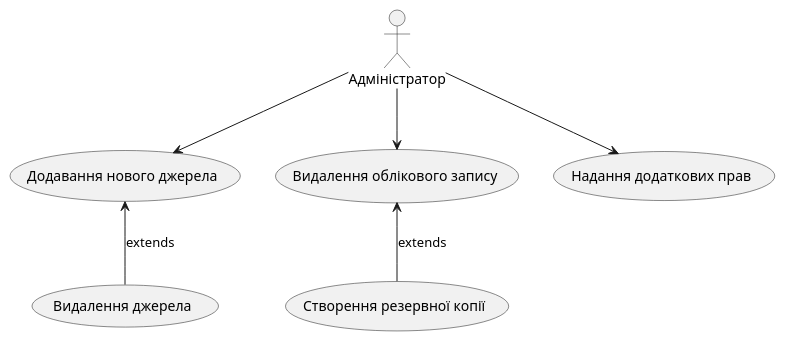
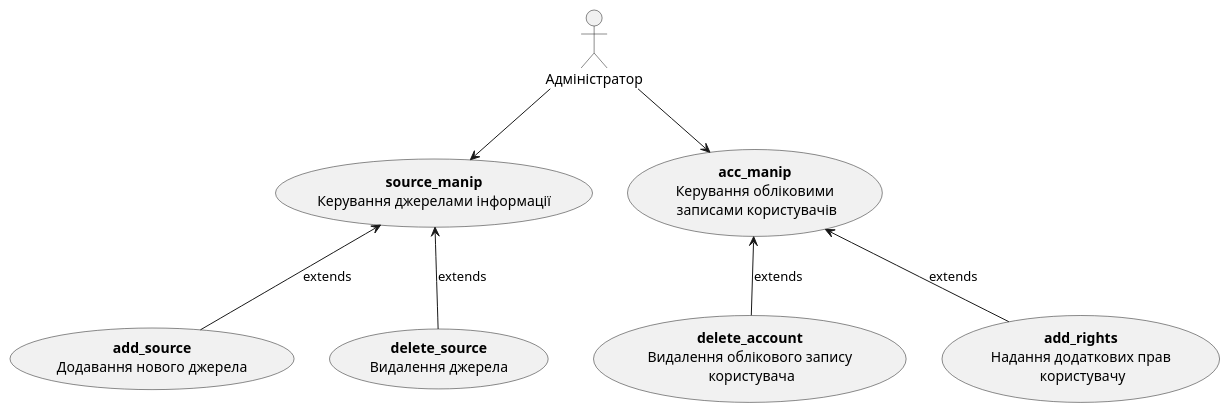
One commit to vladimirkoff/edu_db_labs_team changed the third of 9 diagrams in docs/use cases/README.md. Above: the diagram before and after it, drawn with PlantUML. The commit also changed other lines of this file, not shown here.

Commit message:
fix diagrams

```diff
--- a/docs/use cases/README.md
+++ b/docs/use cases/README.md
@@ -69,20 +57,21 @@
 @startuml
 
 actor "Адміністратор" as Admin
 
-usecase "Видалення облікового запису" as DeleteAccount
-usecase "Додавання нового джерела" as AddSource
-usecase "Надання додаткових прав" as GrantPermissions
+usecase "<b>acc_manip</b>\nКерування обліковими\n записами користувачів" as ManipAccount 
+usecase "<b>source_manip</b>\nКерування джерелами інформації" as ManipSource 
 
-usecase "Створення резервної копії" as CreateBackup
-usecase "Видалення джерела" as DeleteSource
+usecase "<b>delete_account</b>\nВидалення облікового запису\n користувача" as DeleteAccount
+usecase "<b>add_source</b>\nДодавання нового джерела" as AddSource
+usecase "<b>add_rights</b>\nНадання додаткових прав\n користувачу" as GrantPermissions
+usecase "<b>delete_source</b>\nВидалення джерела" as DeleteSource
 
-Admin --> DeleteAccount
-CreateBackup -u-> DeleteAccount: extends
+Admin --> ManipAccount
+DeleteAccount -u-> ManipAccount:extends
+GrantPermissions -u-> ManipAccount:extends
 
-Admin --> AddSource
-DeleteSource -u-> AddSource: extends
-
-Admin --> GrantPermissions
+Admin --> ManipSource
+AddSource -u-> ManipSource:extends
+DeleteSource -u-> ManipSource:extends
 
 @enduml
```
